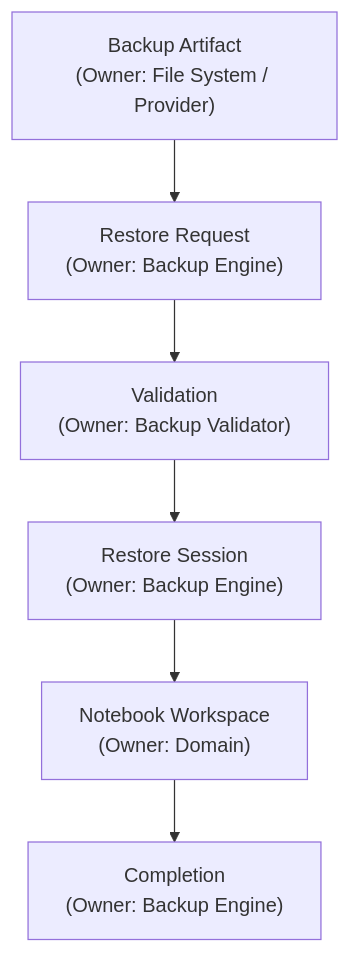
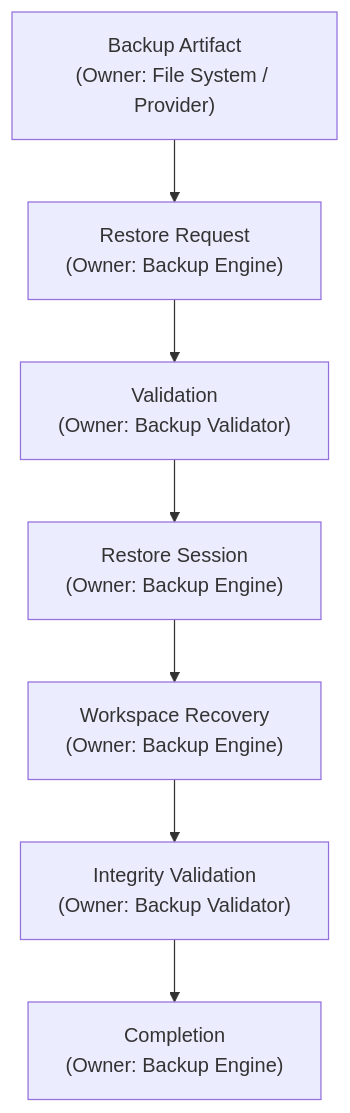
The second of 2 diagrams in docs/03-modules/backup/08-BackupGovernance.md (Sayantan5665/NoteBook), drawn with Mermaid before and after one commit. The commit also changed other lines of this file and 4 other files, not shown here.

````diff
--- a/docs/03-modules/backup/08-BackupGovernance.md
+++ b/docs/03-modules/backup/08-BackupGovernance.md
@@ -62,8 +64,9 @@
 ```mermaid
 flowchart TD
     A["Backup Artifact\n(Owner: File System / Provider)"] --> B["Restore Request\n(Owner: Backup Engine)"]
     B --> C["Validation\n(Owner: Backup Validator)"]
     C --> D["Restore Session\n(Owner: Backup Engine)"]
-    D --> E["Notebook Workspace\n(Owner: Domain)"]
-    E --> F["Completion\n(Owner: Backup Engine)"]
+    D --> E["Workspace Recovery\n(Owner: Backup Engine)"]
+    E --> F["Integrity Validation\n(Owner: Backup Validator)"]
+    F --> G["Completion\n(Owner: Backup Engine)"]
 ```
````
